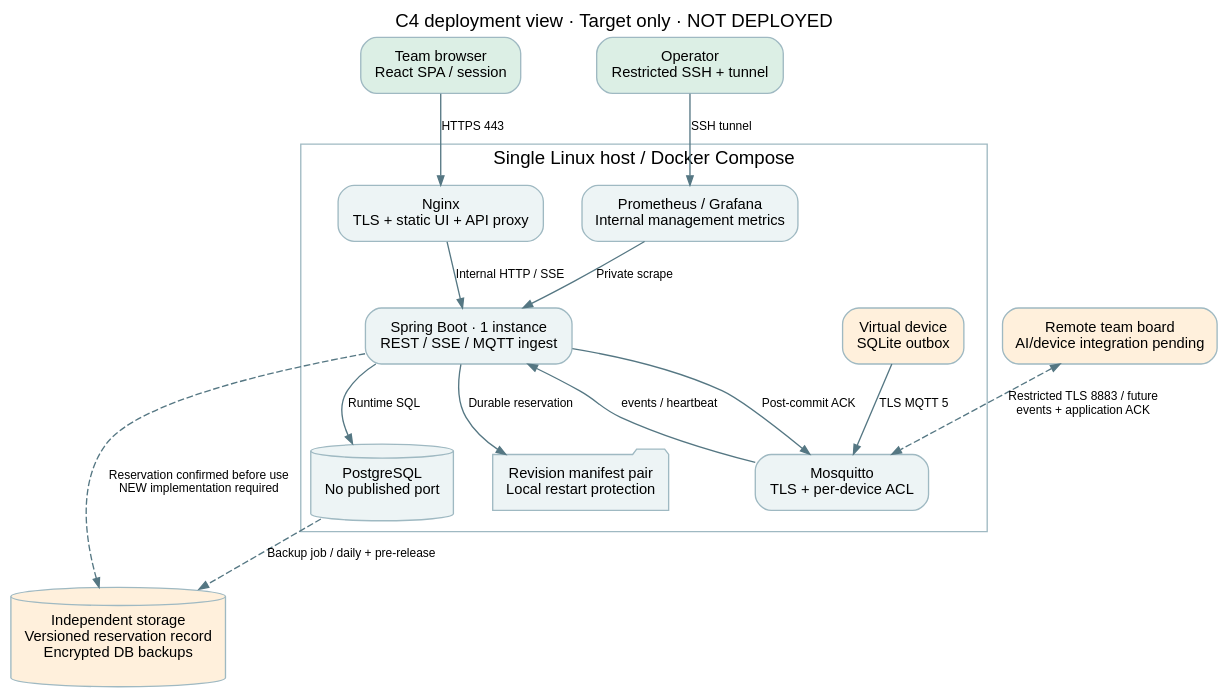
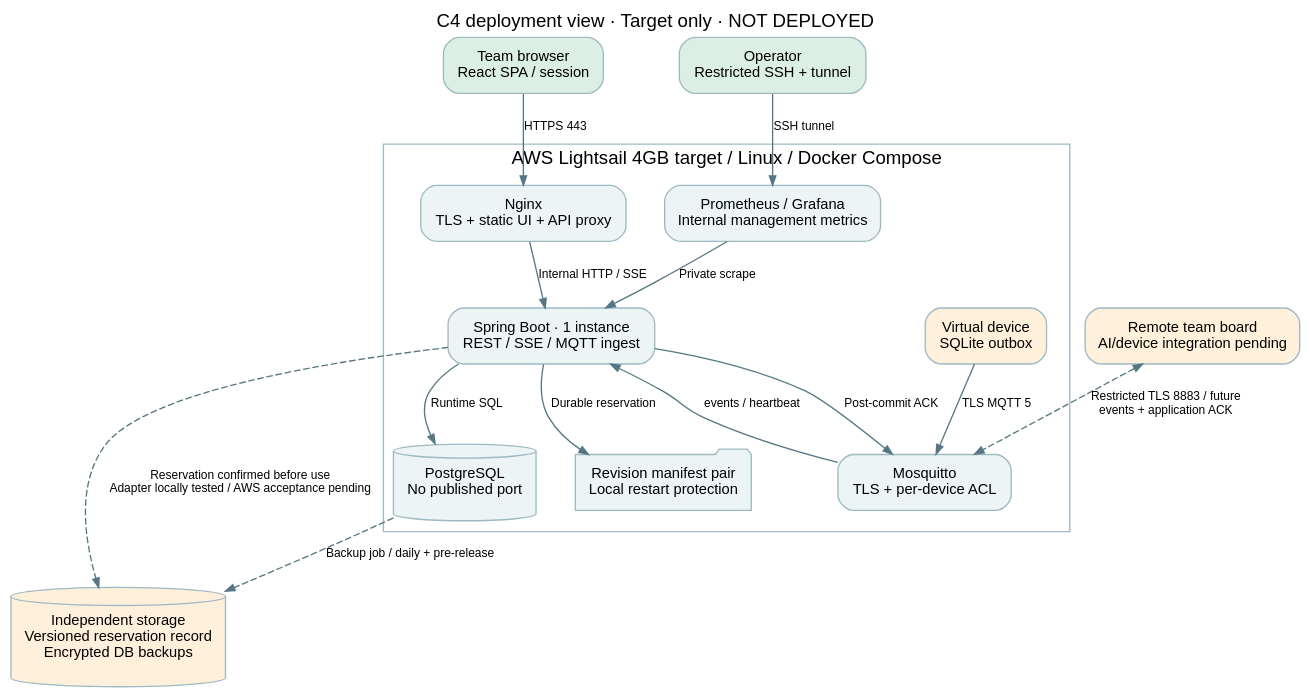
The diagram in docs/diagrams/07-deployment.dot (yh4752/illegal-parking-detection), drawn with Graphviz before and after one commit. The commit also changed 15 other files, not shown here.

Commit message:
docs: clarify team roles and deployment flows in README and architecture

```diff
--- a/docs/diagrams/07-deployment.dot
+++ b/docs/diagrams/07-deployment.dot
@@ -1,31 +1,31 @@
 digraph Deployment {
  graph [rankdir=TB, bgcolor="transparent", pad="0.3", nodesep="0.4", ranksep="0.55", fontname="Arial", label="C4 deployment view · Target only · NOT DEPLOYED", labelloc=t];
  node [shape=box,style="rounded,filled",fillcolor="#EDF4F5",color="#9FB9C2",fontname="Arial",fontsize=11,margin="0.15,0.12"];
  edge [fontname="Arial",fontsize=9,color="#557783",arrowsize=0.7];
  browser [label="Team browser\nReact SPA / session",fillcolor="#DCEFE5"];
  board [label="Remote team board\nAI/device integration pending",fillcolor="#FFF0DC"];
  admin [label="Operator\nRestricted SSH + tunnel",fillcolor="#DCEFE5"];
  subgraph cluster_host {
- label="Single Linux host / Docker Compose"; color="#9FB9C2";
+ label="AWS Lightsail 4GB target / Linux / Docker Compose"; color="#9FB9C2";
  web [label="Nginx\nTLS + static UI + API proxy"];
  app [label="Spring Boot · 1 instance\nREST / SSE / MQTT ingest"];
  broker [label="Mosquitto\nTLS + per-device ACL"];
  sim [label="Virtual device\nSQLite outbox",fillcolor="#FFF0DC"];
  db [shape=cylinder,label="PostgreSQL\nNo published port"];
  rev [shape=folder,label="Revision manifest pair\nLocal restart protection"];
  mon [label="Prometheus / Grafana\nInternal management metrics"];
  web -> app [label="Internal HTTP / SSE"];
  sim -> broker [label="TLS MQTT 5"];
  broker -> app [label="events / heartbeat"];
  app -> broker [label="Post-commit ACK"];
  app -> db [label="Runtime SQL"];
  app -> rev [label="Durable reservation"];
  mon -> app [label="Private scrape"];
  }
  external [shape=cylinder,label="Independent storage\nVersioned reservation record\nEncrypted DB backups",fillcolor="#FFF0DC"];
  browser -> web [label="HTTPS 443"];
  board -> broker [label="Restricted TLS 8883 / future\nevents + application ACK",dir=both,style=dashed];
  admin -> mon [label="SSH tunnel"];
- app -> external [label="Reservation confirmed before use\nNEW implementation required",style=dashed];
+ app -> external [label="Reservation confirmed before use\nAdapter locally tested / AWS acceptance pending",style=dashed];
  db -> external [label="Backup job / daily + pre-release",style=dashed];
 }
```
